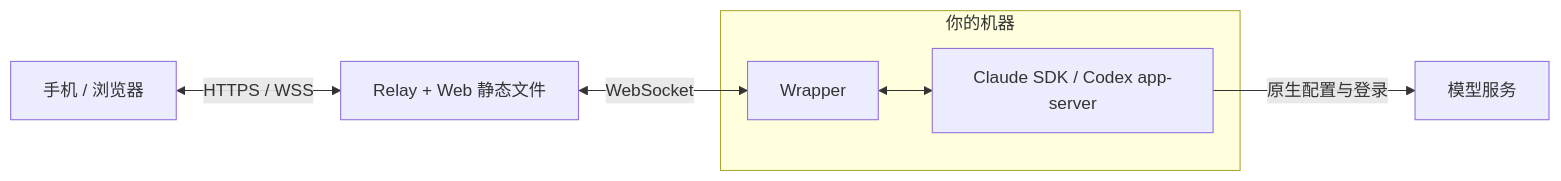
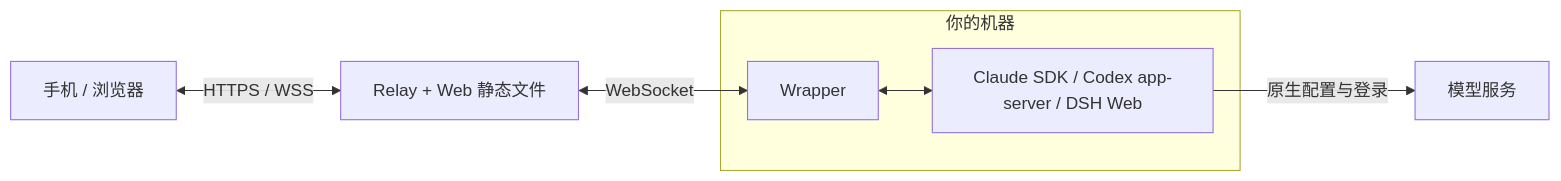
The diagram in README.md (muggle-stack/cc-remote), drawn with Mermaid before and after one commit. The commit also changed other lines of this file and 6 other files, not shown here.

````diff
--- a/README.md
+++ b/README.md
@@ -131,9 +138,9 @@
 ```mermaid
 flowchart LR
   browser["手机 / 浏览器"] <-->|HTTPS / WSS| relay["Relay + Web 静态文件"]
   subgraph device["你的机器"]
-    wrapper["Wrapper"] <--> engine["Claude SDK / Codex app-server"]
+    wrapper["Wrapper"] <--> engine["Claude SDK / Codex app-server / DSH Web"]
   end
   relay <-->|WebSocket| wrapper
   engine -->|原生配置与登录| model["模型服务"]
 ```
````
